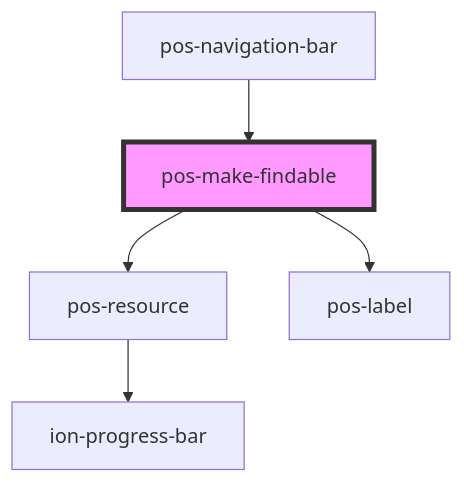
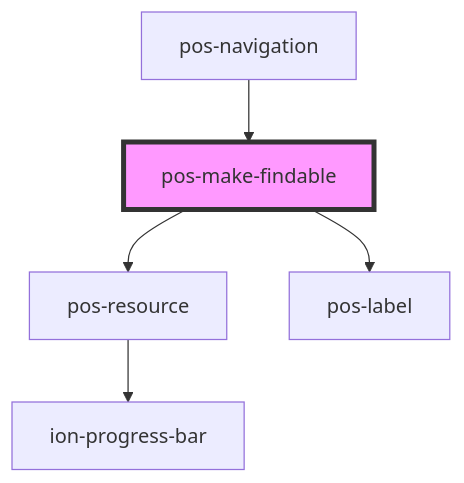
Before and after one commit to pod-os/PodOS: the diagram in docs/elements/components/pos-make-findable/readme.md, drawn with Mermaid. The commit also changed other lines of this file and 12 other files, not shown here.

Commit message:
BREAKING CHANGE: rename pos-navigation-bar to pos-navigation

````diff
--- a/docs/elements/components/pos-make-findable/readme.md
+++ b/docs/elements/components/pos-make-findable/readme.md
@@ -34,8 +34,8 @@
 ```mermaid
 graph TD;
   pos-make-findable --> pos-resource
   pos-make-findable --> pos-label
   pos-resource --> ion-progress-bar
-  pos-navigation-bar --> pos-make-findable
+  pos-navigation --> pos-make-findable
   style pos-make-findable fill:#f9f,stroke:#333,stroke-width:4px
 ```
````
